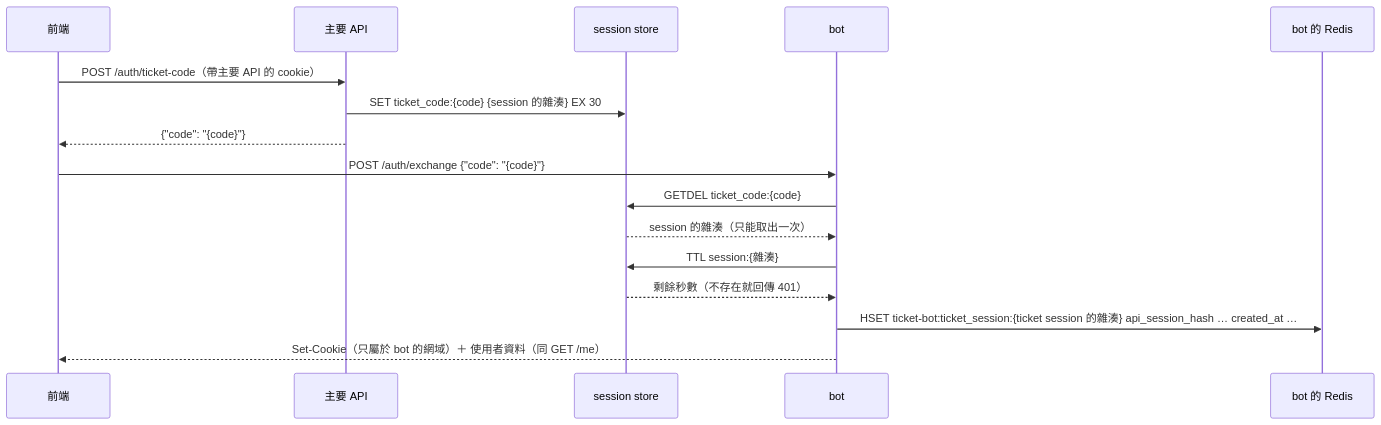
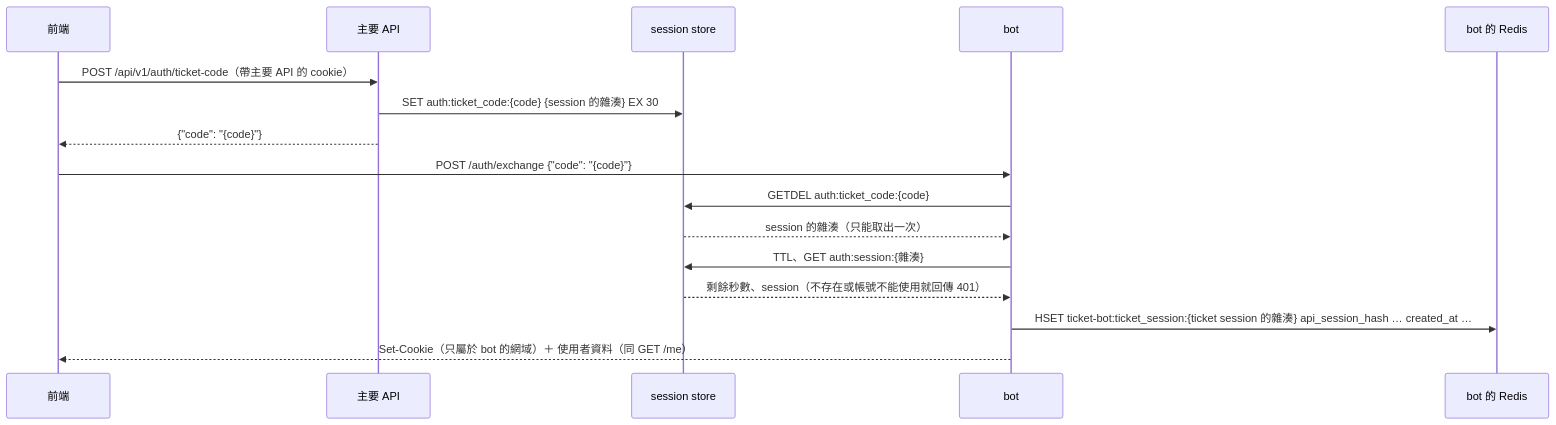
One commit to taiwanfrp/discord-bot changed the first of 2 diagrams in docs/auth.md. Above: the diagram before and after it, drawn with Mermaid. The commit also changed other lines of this file and 9 other files, not shown here.

Commit message:
feat: read the main api's session format and add the guild id and last message time to the api

````diff
--- a/docs/auth.md
+++ b/docs/auth.md
@@ -25,19 +25,19 @@
 ```mermaid
 sequenceDiagram
     participant F as 前端
     participant A as 主要 API
     participant S as session store
     participant B as bot
     participant R as bot 的 Redis
 
-    F->>A: POST /auth/ticket-code（帶主要 API 的 cookie）
-    A->>S: SET ticket_code:{code} {session 的雜湊} EX 30
+    F->>A: POST /api/v1/auth/ticket-code（帶主要 API 的 cookie）
+    A->>S: SET auth:ticket_code:{code} {session 的雜湊} EX 30
     A-->>F: {"code": "{code}"}
     F->>B: POST /auth/exchange {"code": "{code}"}
-    B->>S: GETDEL ticket_code:{code}
+    B->>S: GETDEL auth:ticket_code:{code}
     S-->>B: session 的雜湊（只能取出一次）
-    B->>S: TTL session:{雜湊}
-    S-->>B: 剩餘秒數（不存在就回傳 401）
+    B->>S: TTL、GET auth:session:{雜湊}
+    S-->>B: 剩餘秒數、session（不存在或帳號不能使用就回傳 401）
     B->>R: HSET ticket-bot:ticket_session:{ticket session 的雜湊} api_session_hash … created_at …
     B-->>F: Set-Cookie（只屬於 bot 的網域）＋ 使用者資料（同 GET /me）
 ```
````
